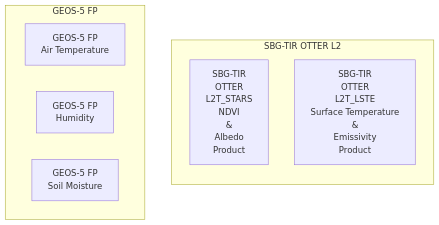
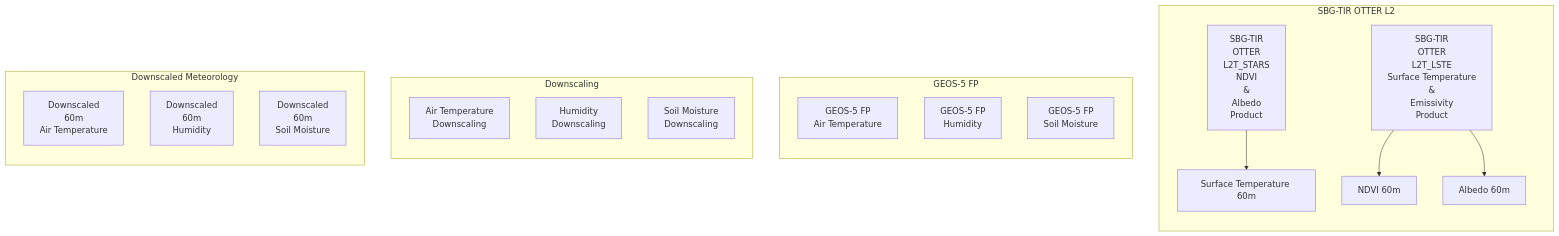
The diagram in README.md (sbg-tir/SBG-TIR-L4-JET), drawn with Mermaid before and after one commit.

````diff
--- a/README.md
+++ b/README.md
@@ -31,14 +31,37 @@
 ```mermaid
 flowchart TB
     subgraph SBG_L2[SBG-TIR OTTER L2]
         direction TB
         SBG_L2T_LSTE[SBG-TIR<br>OTTER<br>L2T_STARS<br>NDVI<br>&<br>Albedo<br>Product]
         SBG_L2T_STARS[SBG-TIR<br>OTTER<br>L2T_LSTE<br>Surface Temperature<br>&<br>Emissivity<br>Product]
+        ST[Surface Temperature 60m]
+        NDVI[NDVI 60m]
+        albedo[Albedo 60m]
+        SBG_L2T_LSTE --> ST
+        SBG_L2T_STARS --> NDVI
+        SBG_L2T_STARS --> albedo
     end
 
     subgraph GEOS5FP[GEOS-5 FP]
+        direction TB
         GEOS5FP_Ta[GEOS-5 FP<br>Air Temperature]
         GEOS5FP_RH[GEOS-5 FP<br>Humidity]
         GEOS5FP_SM[GEOS-5 FP<br>Soil Moisture]
     end
+
+    subgraph downscaling[Downscaling]
+        direction TB
+        downscale_Ta[Air Temperature<br>Downscaling]
+        downscale_RH[Humidity<br>Downscaling]
+        downscale_SM[Soil Moisture<br>Downscaling]
+    end
+
+    subgraph downscaled_meteorology[Downscaled Meteorology]
+        direction TB
+        downscaled_Ta[Downscaled<br>60m<br>Air Temperature]
+        downscaled_RH[Downscaled<br>60m<br>Humidity]
+        downscaled_SM[Downscaled<br>60m<br>Soil Moisture]
+    end
+
+            
 ```
````
